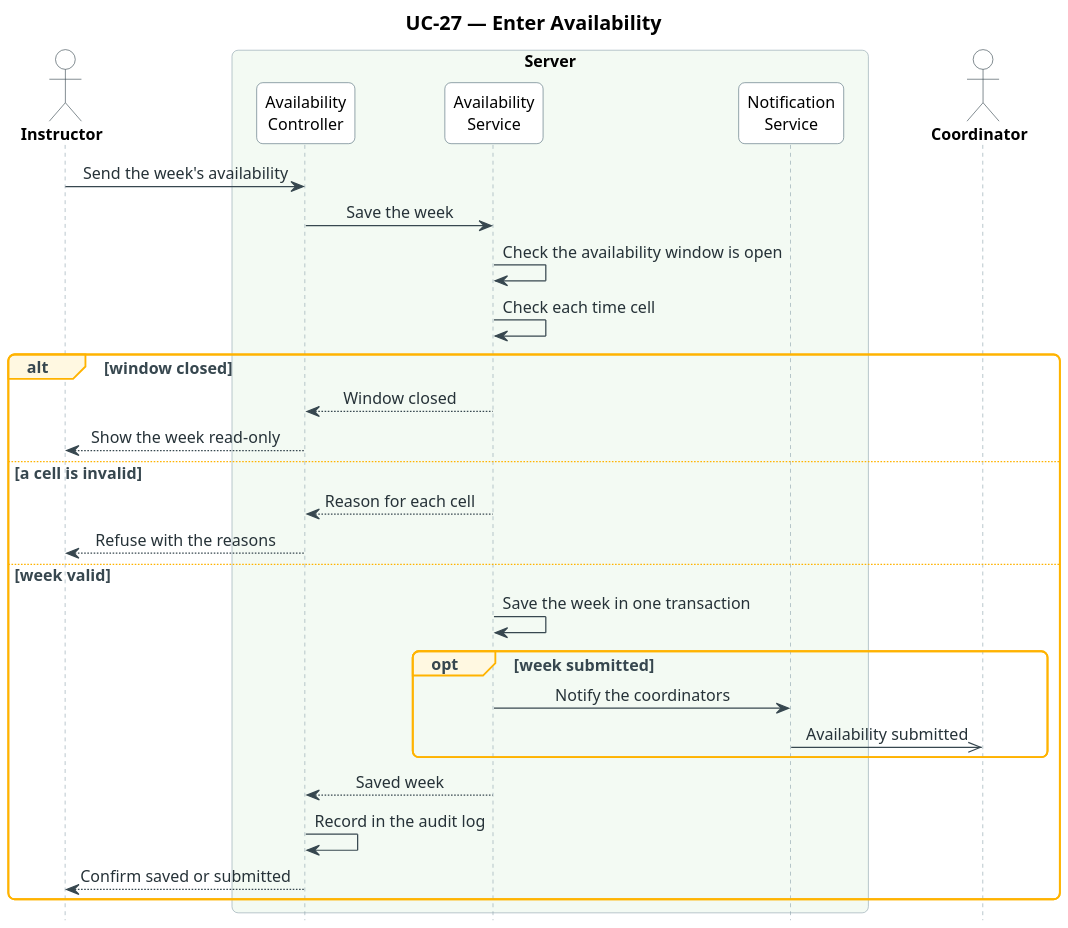
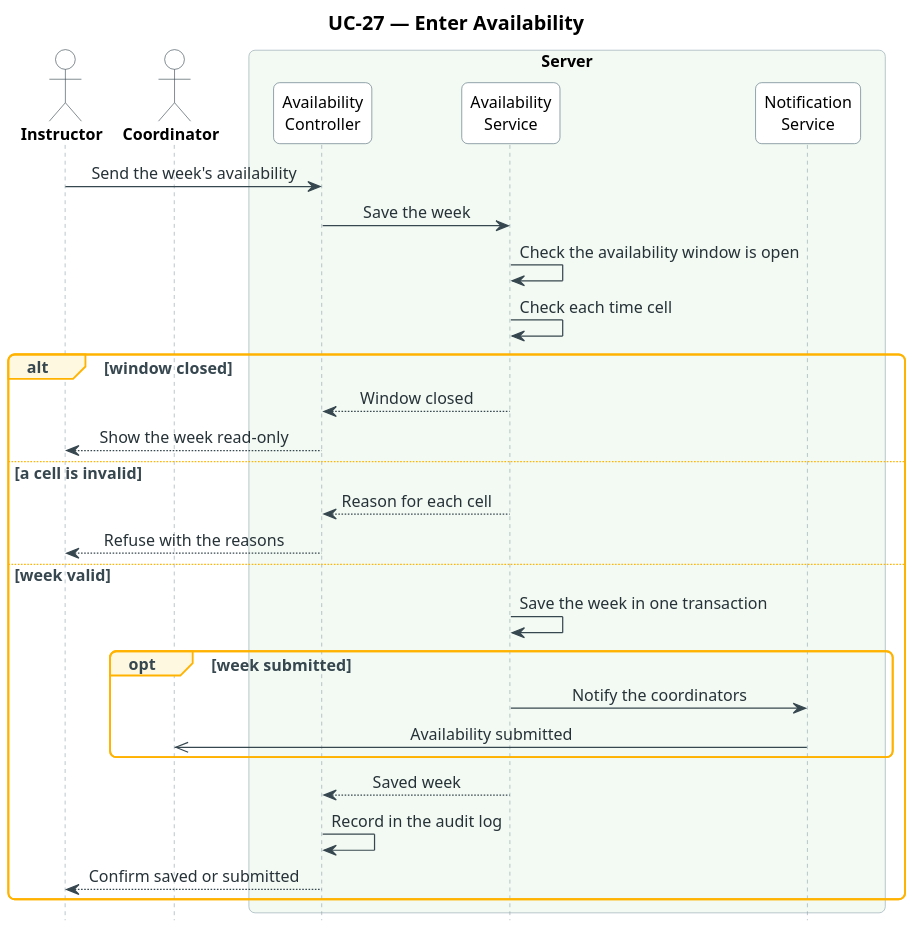
One commit to abdalkareemhegazy/OptiTime changed the diagram in Files/Assets/UseCases/Sequence Diagram/New/English/Src/UC-27_enter_availability.puml. Above: the diagram before and after it, drawn with PlantUML. The commit also changed other lines of this file and 24 other files, not shown here.

First line of the commit message:
OPT-11 Update main-case sequence diagrams

```diff
--- a/Files/Assets/UseCases/Sequence Diagram/New/English/Src/UC-27_enter_availability.puml
+++ b/Files/Assets/UseCases/Sequence Diagram/New/English/Src/UC-27_enter_availability.puml
@@ -1,62 +1,62 @@
 @startuml UC-27_enter_availability
 skinparam dpi 150
 ' ===== النمط الموحّد (مثل مخططات النشاط) =====
 skinparam defaultFontName Tahoma
 skinparam defaultFontSize 13
 skinparam shadowing false
 skinparam roundcorner 10
 skinparam ArrowColor #37474F
 skinparam ArrowFontColor #263238
 skinparam TitleFontSize 16
 skinparam TitleFontStyle bold
 skinparam ParticipantBackgroundColor #FFFFFF
 skinparam ParticipantBorderColor #546E7A
 skinparam ParticipantFontSize 13
 skinparam ActorBackgroundColor #FFFFFF
 skinparam ActorBorderColor #37474F
 skinparam ActorFontSize 13
 skinparam ActorFontStyle bold
 skinparam SequenceLifeLineBorderColor #90A4AE
 skinparam SequenceBoxBorderColor #90A4AE
 skinparam SequenceBoxFontSize 14
 skinparam SequenceBoxFontStyle bold
 skinparam SequenceGroupBorderColor #FFB300
 skinparam SequenceGroupBackgroundColor #FFF8E1
 skinparam SequenceGroupFontColor #37474F
 skinparam SequenceGroupHeaderFontColor #37474F
 skinparam sequenceMessageAlign center
 skinparam ParticipantPadding 16
 skinparam BoxPadding 12
 hide footbox
 ' ===== المخطط =====
 title UC-27 — Enter Availability
 
 actor "Instructor" as U
+actor "Coordinator" as CRD
 box "Server" #F3FAF3
   participant "Availability\nController" as AC
   participant "Availability\nService" as AS
   participant "Notification\nService" as NS
 end box
-actor "Coordinator" as CRD
 
 U -> AC : Send the week's availability
 AC -> AS : Save the week
 AS -> AS : Check the availability window is open
 AS -> AS : Check each time cell
 alt window closed
   AS --> AC : Window closed
   AC --> U : Show the week read-only
 else a cell is invalid
   AS --> AC : Reason for each cell
   AC --> U : Refuse with the reasons
 else week valid
   AS -> AS : Save the week in one transaction
   opt week submitted
     AS -> NS : Notify the coordinators
     NS ->> CRD : Availability submitted
   end
   AS --> AC : Saved week
   AC -> AC : Record in the audit log
   AC --> U : Confirm saved or submitted
 end
 @enduml
```
